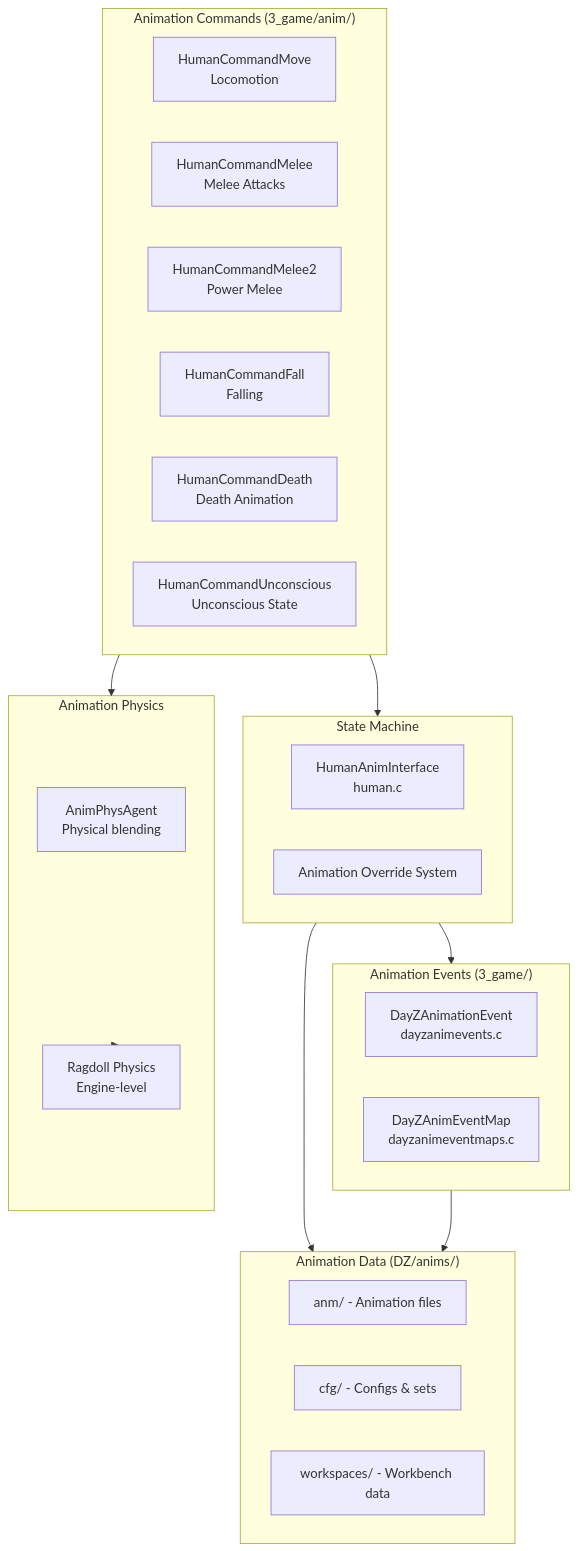
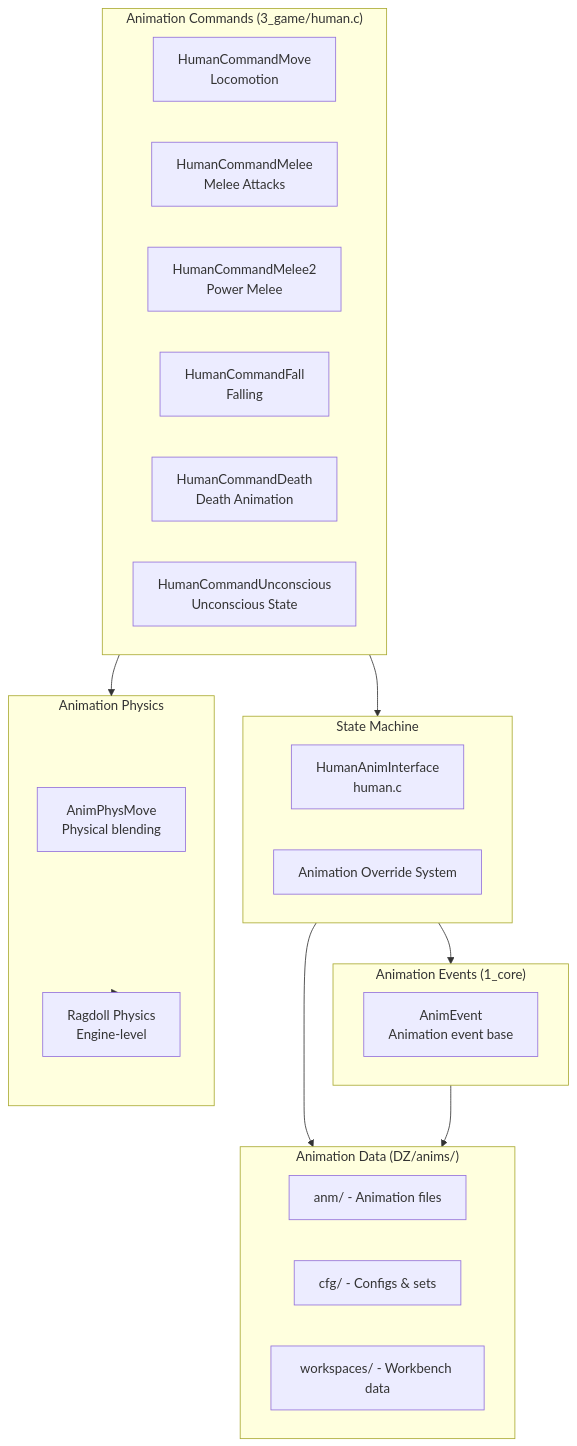
Before and after one commit to rogersau/DayZ-Scripts-Wiki: the first of 4 diagrams in docs/game-systems/animation-system.md, drawn with Mermaid. The commit also changed other lines of this file and 48 other files, not shown here.

````diff
--- a/docs/game-systems/animation-system.md
+++ b/docs/game-systems/animation-system.md
@@ -7,39 +7,38 @@
 ```mermaid
 flowchart TD
-    subgraph Commands["Animation Commands (3_game/anim/)"]
+    subgraph Commands["Animation Commands (3_game/human.c)"]
         MOVE[HumanCommandMove<br/>Locomotion]
         MELEE[HumanCommandMelee<br/>Melee Attacks]
         MELEE2[HumanCommandMelee2<br/>Power Melee]
         FALL[HumanCommandFall<br/>Falling]
         DEATH[HumanCommandDeath<br/>Death Animation]
         UNCON[HumanCommandUnconscious<br/>Unconscious State]
     end
     
     subgraph Physics["Animation Physics"]
-        PHYS[AnimPhysAgent<br/>Physical blending]
+        PHYS[AnimPhysMove<br/>Physical blending]
         RAGDOLL[Ragdoll Physics<br/>Engine-level]
     end
     
-    subgraph Events["Animation Events (3_game/)"]
-        EVENTS[DayZAnimationEvent<br/>dayzanimevents.c]
-        MAPS[DayZAnimEventMap<br/>dayzanimeventmaps.c]
+    subgraph Events["Animation Events (1_core)"]
+        EVENTS[AnimEvent<br/>Animation event base]
     end
     
     subgraph Interface["State Machine"]
         HAI[HumanAnimInterface<br/>human.c]
         OVERRIDE[Animation Override System]
     end
     
     subgraph Data["Animation Data (DZ/anims/)"]
         ANM[anm/ - Animation files]
         CFG[cfg/ - Configs & sets]
         WORK[workspaces/ - Workbench data]
     end
     
     Commands --> Interface
     Interface --> Events
     Commands --> Physics
     Interface --> Data
     Events --> Data
     Physics --> RAGDOLL
 ```
````
